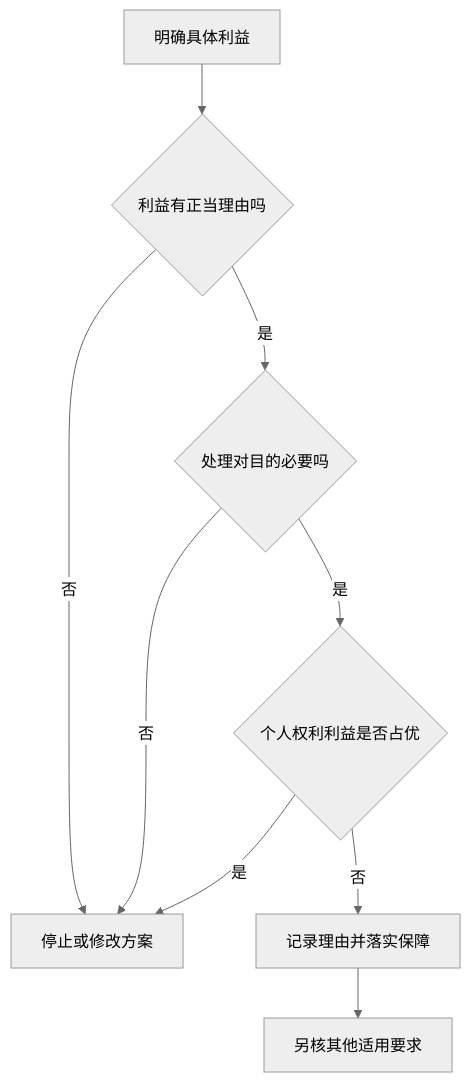
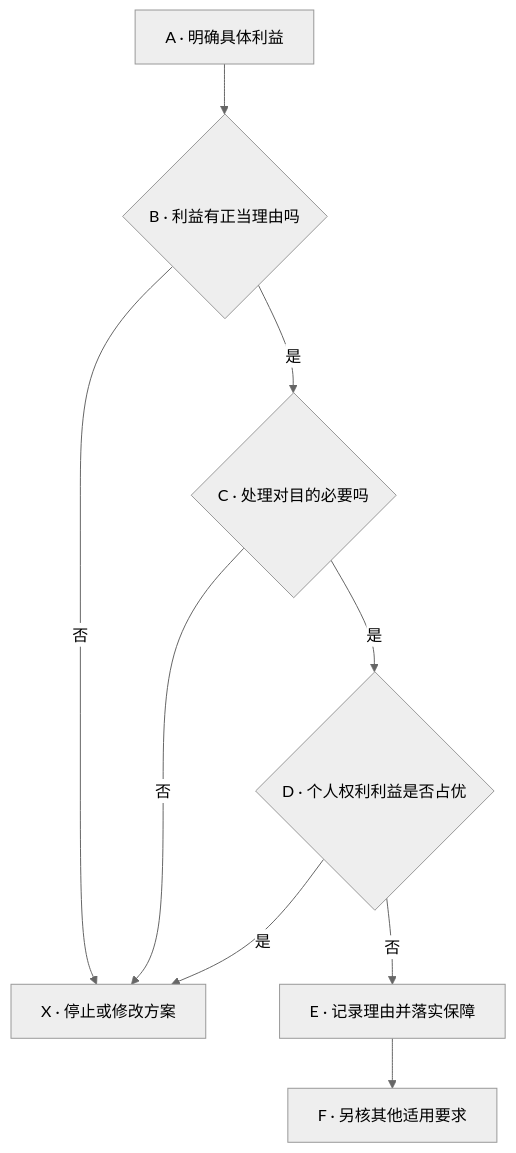
One commit to CercaTrovato/cityu-ai-course-notes changed the second of 7 diagrams in IS5113_AI_Ethics_and_Regulations/notes/M06-隐私与监控-从数据采集到行为影响.md. Above: the diagram before and after it, drawn with Mermaid (neutral theme). The commit also changed other lines of this file and 104 other files, not shown here.

````diff
--- a/IS5113_AI_Ethics_and_Regulations/notes/M06-隐私与监控-从数据采集到行为影响.md
+++ b/IS5113_AI_Ethics_and_Regulations/notes/M06-隐私与监控-从数据采集到行为影响.md
@@ -589,11 +596,11 @@
 ```mermaid
 flowchart TD
- A[明确具体利益] --> B{利益有正当理由吗}
- B -->|否| X[停止或修改方案]
- B -->|是| C{处理对目的必要吗}
+ A[A · 明确具体利益] --> B{B · 利益有正当理由吗}
+ B -->|否| X[X · 停止或修改方案]
+ B -->|是| C{C · 处理对目的必要吗}
  C -->|否| X
- C -->|是| D{个人权利利益是否占优}
+ C -->|是| D{D · 个人权利利益是否占优}
  D -->|是| X
- D -->|否| E[记录理由并落实保障]
- E --> F[另核其他适用要求]
+ D -->|否| E[E · 记录理由并落实保障]
+ E --> F[F · 另核其他适用要求]
 ```
````
